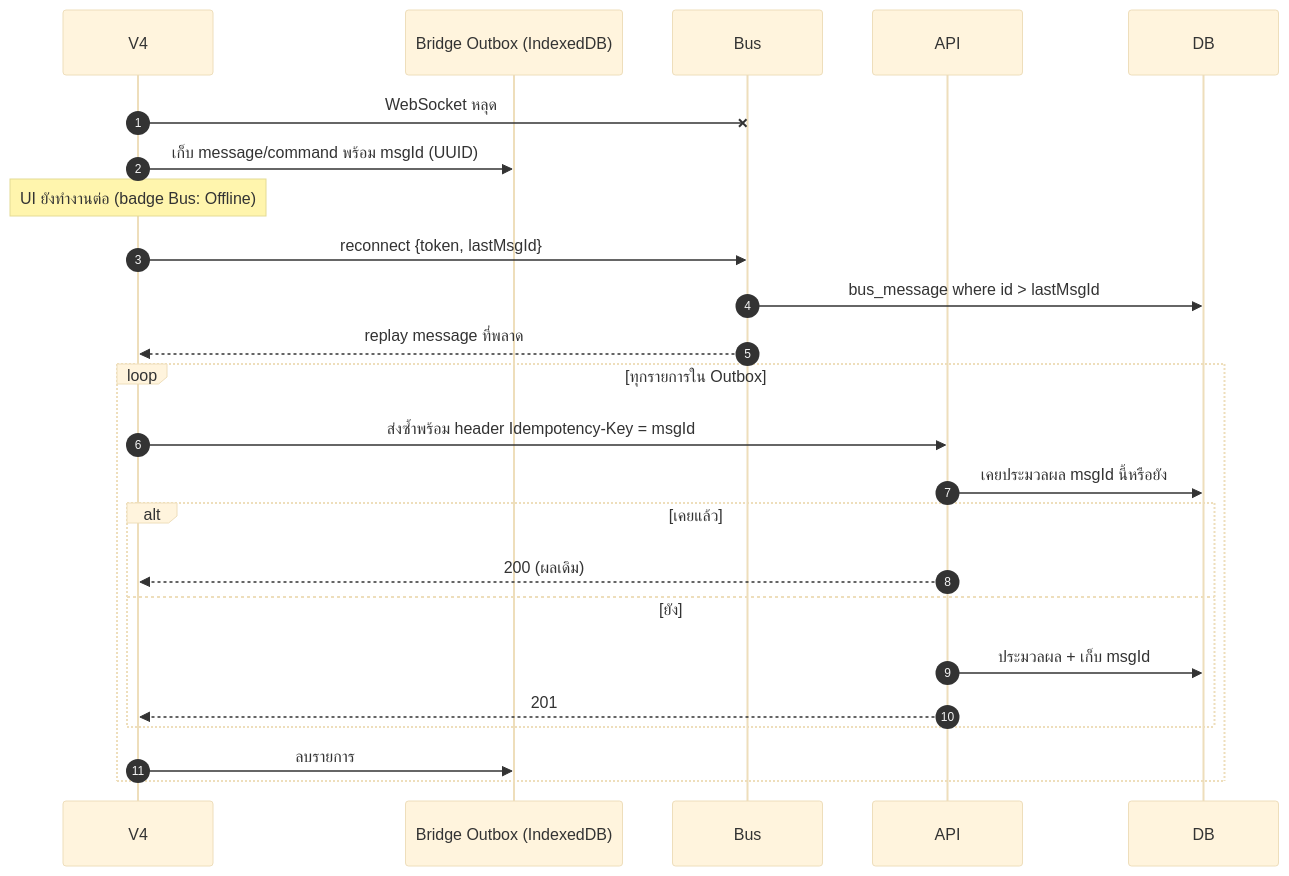
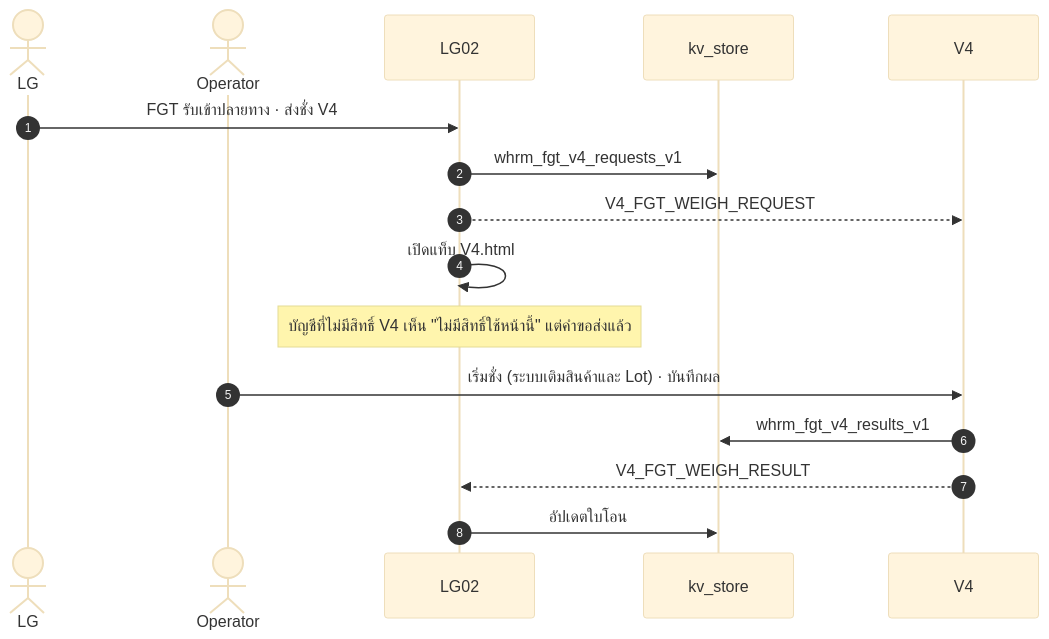
Before and after one commit to Aum2010/WHSM-1791103979: the ninth of 14 diagrams in docs/01-sequence-diagrams.md, drawn with Mermaid (base theme). The commit also changed other lines of this file and 3 other files, not shown here.

Commit message:
Docs: update sequence diagrams to current system; record customer decisions

````diff
--- a/docs/01-sequence-diagrams.md
+++ b/docs/01-sequence-diagrams.md
@@ -385,27 +296,19 @@
 ```mermaid
 sequenceDiagram
     autonumber
+    actor LG
+    actor Operator
+    participant LG02
+    participant KV as kv_store
     participant V4
-    participant Outbox as Bridge Outbox (IndexedDB)
-    participant Bus
-    participant API
-    participant DB
 
-    V4-xBus: WebSocket หลุด
-    V4->>Outbox: เก็บ message/command พร้อม msgId (UUID)
-    Note over V4: UI ยังทำงานต่อ (badge Bus: Offline)
-    V4->>Bus: reconnect {token, lastMsgId}
-    Bus->>DB: bus_message where id > lastMsgId
-    Bus-->>V4: replay message ที่พลาด
-    loop ทุกรายการใน Outbox
-        V4->>API: ส่งซ้ำพร้อม header Idempotency-Key = msgId
-        API->>DB: เคยประมวลผล msgId นี้หรือยัง
-        alt เคยแล้ว
-            API-->>V4: 200 (ผลเดิม)
-        else ยัง
-            API->>DB: ประมวลผล + เก็บ msgId
-            API-->>V4: 201
-        end
-        V4->>Outbox: ลบรายการ
-    end
+    LG->>LG02: FGT รับเข้าปลายทาง · ส่งชั่ง V4
+    LG02->>KV: whrm_fgt_v4_requests_v1
+    LG02-->>V4: V4_FGT_WEIGH_REQUEST
+    LG02->>LG02: เปิดแท็บ V4.html
+    Note over LG02: บัญชีที่ไม่มีสิทธิ์ V4 เห็น "ไม่มีสิทธิ์ใช้หน้านี้" แต่คำขอส่งแล้ว
+    Operator->>V4: เริ่มชั่ง (ระบบเติมสินค้าและ Lot) · บันทึกผล
+    V4->>KV: whrm_fgt_v4_results_v1
+    V4-->>LG02: V4_FGT_WEIGH_RESULT
+    LG02->>KV: อัปเดตใบโอน
 ```
````
